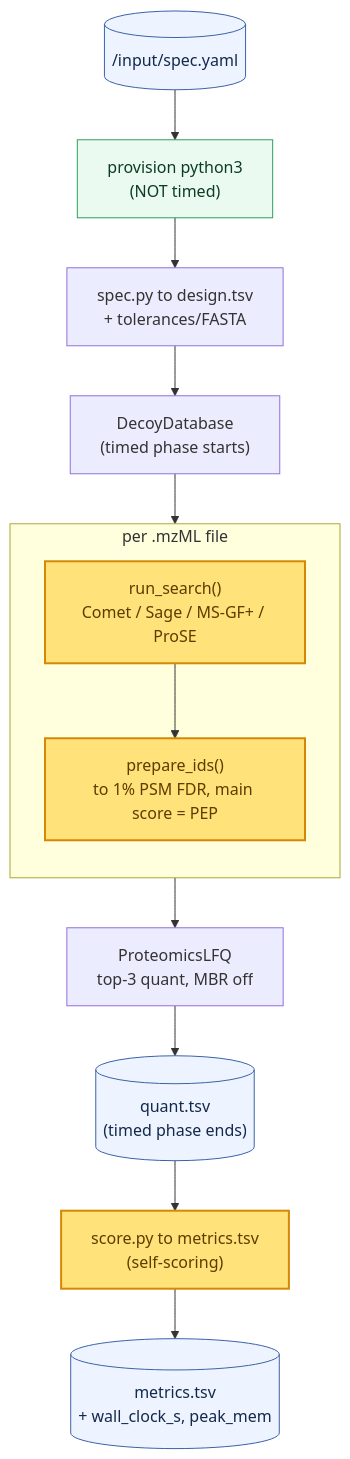
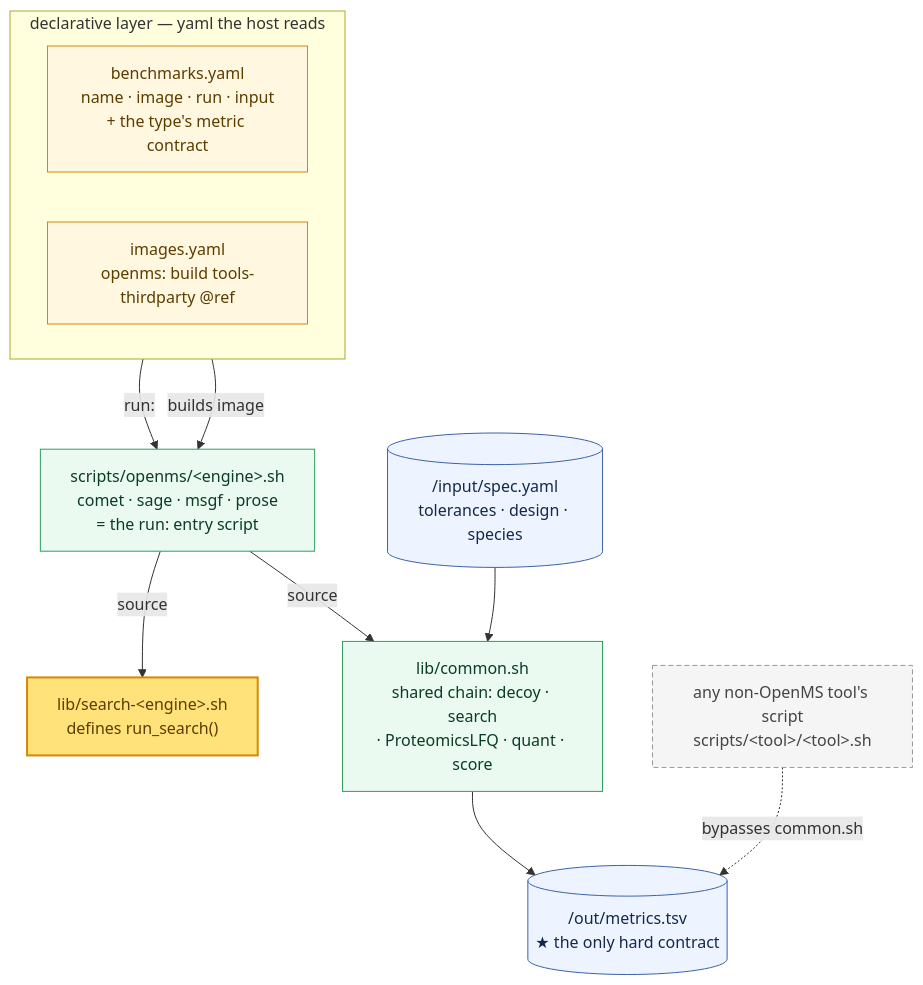
Before and after one commit to t0mdavid-m/OpenMS-Benchmarks: the second of 2 diagrams in docs/benchmark-overview.md, drawn with Mermaid. The commit also changed other lines of this file, not shown here.

First line of the commit message:
docs: rework "Inside an OpenMS workflow" around yaml + script wiring

````diff
--- a/docs/benchmark-overview.md
+++ b/docs/benchmark-overview.md
@@ -72,25 +74,29 @@
 ```mermaid
 flowchart TB
-    SPEC[("/input/spec.yaml")]:::data
-    PROV["provision python3<br/>(NOT timed)"]:::cont
-    DESIGN["spec.py to design.tsv<br/>+ tolerances/FASTA"]
-    DECOY["DecoyDatabase<br/>(timed phase starts)"]
-    LFQ["ProteomicsLFQ<br/>top-3 quant, MBR off"]
-    QUANT[("quant.tsv<br/>(timed phase ends)")]:::data
-    SCORE["score.py to metrics.tsv<br/>(self-scoring)"]:::plug
-    METRICS[("metrics.tsv<br/>+ wall_clock_s, peak_mem")]:::data
+    subgraph DECL["declarative layer — yaml the host reads"]
+        direction LR
+        BM["benchmarks.yaml<br/>name · image · run · input<br/>+ the type's metric contract"]:::yaml
+        IM["images.yaml<br/>openms: build tools-thirdparty @ref"]:::yaml
+    end
 
-    SPEC --> PROV --> DESIGN --> DECOY
-    subgraph PF["per .mzML file"]
-        direction TB
-        SEARCH["run_search()<br/>Comet / Sage / MS-GF+ / ProSE"]:::plug
-        PREP["prepare_ids()<br/>to 1% PSM FDR, main score = PEP"]:::plug
-        SEARCH --> PREP
-    end
-    DECOY --> SEARCH
-    PREP --> LFQ --> QUANT --> SCORE --> METRICS
+    ENTRY["scripts/openms/&lt;engine&gt;.sh<br/>comet · sage · msgf · prose<br/>= the run: entry script"]:::cont
+    SEARCH["lib/search-&lt;engine&gt;.sh<br/>defines run_search()"]:::plug
+    COMMON["lib/common.sh<br/>shared chain: decoy · search<br/>· ProteomicsLFQ · quant · score"]:::cont
+    SPEC[("/input/spec.yaml<br/>tolerances · design · species")]:::data
+    METRICS[("/out/metrics.tsv<br/>★ the only hard contract")]:::data
+    EXT["any non-OpenMS tool's script<br/>scripts/&lt;tool&gt;/&lt;tool&gt;.sh"]:::opt
 
+    BM -- "run:" --> ENTRY
+    IM -- "builds image" --> ENTRY
+    ENTRY -- "source" --> SEARCH
+    ENTRY -- "source" --> COMMON
+    SPEC --> COMMON
+    COMMON --> METRICS
+    EXT -. "bypasses common.sh" .-> METRICS
+
+    classDef yaml fill:#fff7e0,stroke:#d48806,color:#5c3d00;
+    classDef cont fill:#eafaf0,stroke:#2f9e5f,color:#0b3d23;
     classDef plug fill:#ffe27a,stroke:#d48806,stroke-width:2px,color:#5c3d00;
-    classDef cont fill:#eafaf0,stroke:#2f9e5f,color:#0b3d23;
     classDef data fill:#eef4ff,stroke:#3b62a8,color:#13294b;
+    classDef opt fill:#f5f5f5,stroke:#999999,stroke-dasharray:5 3,color:#444444;
 ```
````
